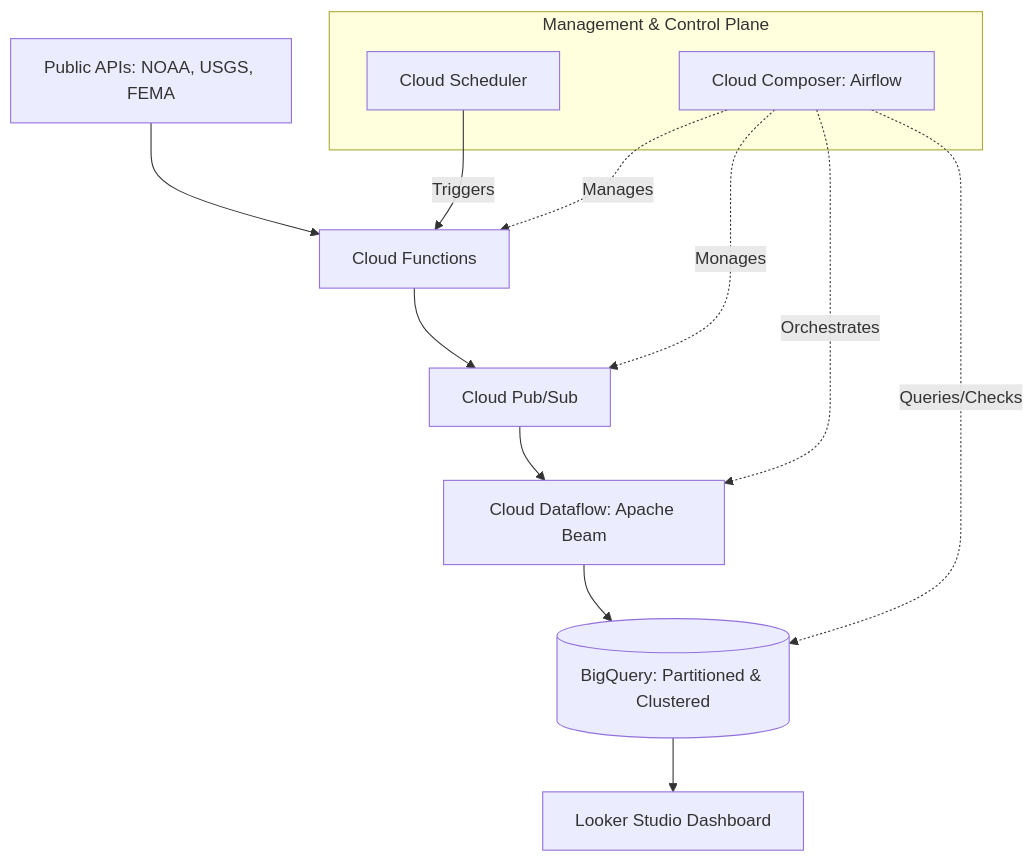
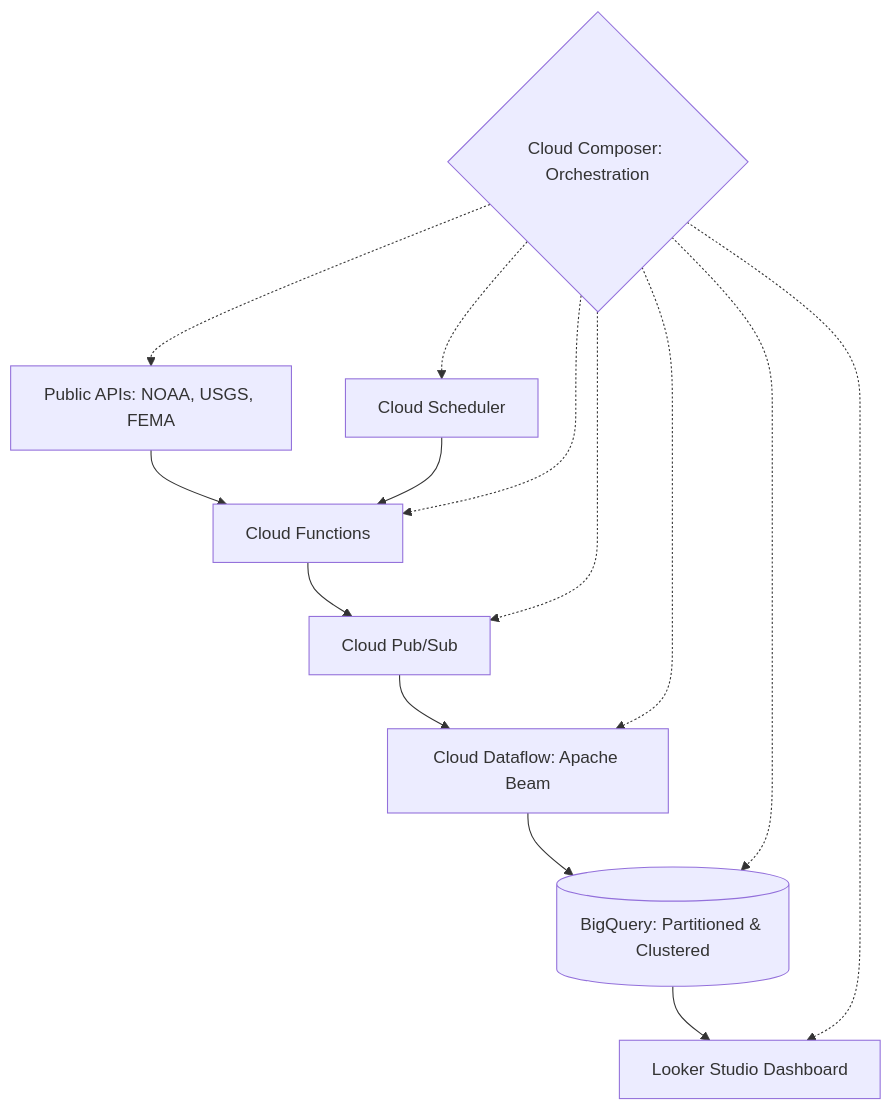
The diagram in cat-risk-pipeline/README.md (Raviteja-bh/gcp-hands-on-projects), drawn with Mermaid before and after one commit.

Commit message:
Update README with project overview and details

````diff
--- a/cat-risk-pipeline/README.md
+++ b/cat-risk-pipeline/README.md
@@ -15,20 +15,22 @@
 ```mermaid
 graph TD
+    %% Main Pipeline Flow
     A[Public APIs: NOAA, USGS, FEMA] --> B[Cloud Functions]
+    S[Cloud Scheduler] --> B
     B --> C[Cloud Pub/Sub]
     C --> D[Cloud Dataflow: Apache Beam]
     D --> E[(BigQuery: Partitioned & Clustered)]
     E --> F[Looker Studio Dashboard]
-    
-    subgraph Orchestration_Layer [Management & Control Plane]
-    S[Cloud Scheduler]
-    G[Cloud Composer: Airflow]
-    end
 
-    %% Logic Flow
-    S -->|Triggers| B
-    G -.->|Manages| B
-    G -.->|Monages| C
-    G -.->|Orchestrates| D
-    G -.->|Queries/Checks| E
+    %% The Orchestration Brain
+    O{Cloud Composer: Orchestration}
+
+    %% Direct Control Lines to Every Step
+    O -.-> A
+    O -.-> S
+    O -.-> B
+    O -.-> C
+    O -.-> D
+    O -.-> E
+    O -.-> F
 ```
````
